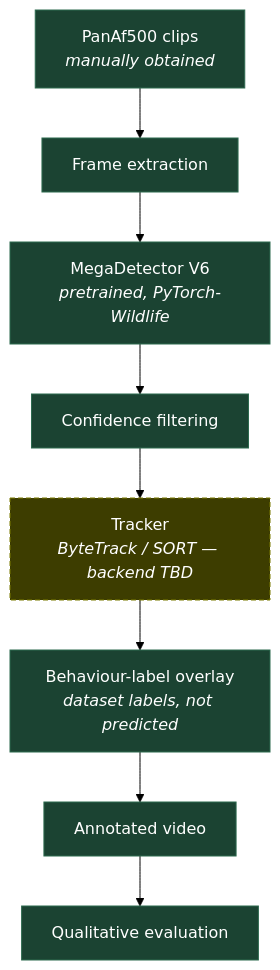
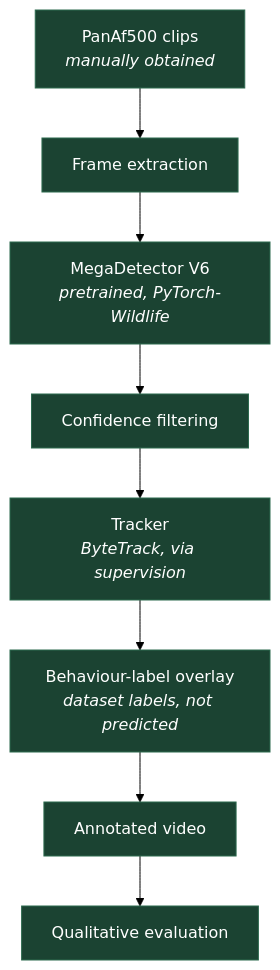
The diagram in README.md (adikothuri3/PanAF-Ape-Detection), drawn with Mermaid (forest theme) before and after one commit. The commit also changed other lines of this file and 32 other files, not shown here.

First line of the commit message:
feat: ByteTrack tracking, full 10-clip run, and a threshold sweep that overturned the headline

````diff
--- a/README.md
+++ b/README.md
@@ -67,15 +80,14 @@
 ```mermaid
 flowchart TD
     A["PanAf500 clips<br/><i>manually obtained</i>"] --> B["Frame extraction"]
     B --> C["MegaDetector V6<br/><i>pretrained, PyTorch-Wildlife</i>"]
     C --> D["Confidence filtering"]
-    D --> E["Tracker<br/><i>ByteTrack / SORT — backend TBD</i>"]
+    D --> E["Tracker<br/><i>ByteTrack, via supervision</i>"]
     E --> F["Behaviour-label overlay<br/><i>dataset labels, not predicted</i>"]
     F --> G["Annotated video"]
     G --> H["Qualitative evaluation"]
 
     classDef done fill:#1b4332,stroke:#2d6a4f,color:#ffffff;
     classDef todo fill:#3d3d00,stroke:#7a7a00,color:#ffffff,stroke-dasharray: 5 3;
-    class A,B,C,D,F,G,H done;
-    class E todo;
+    class A,B,C,D,E,F,G,H done;
 ```
````
